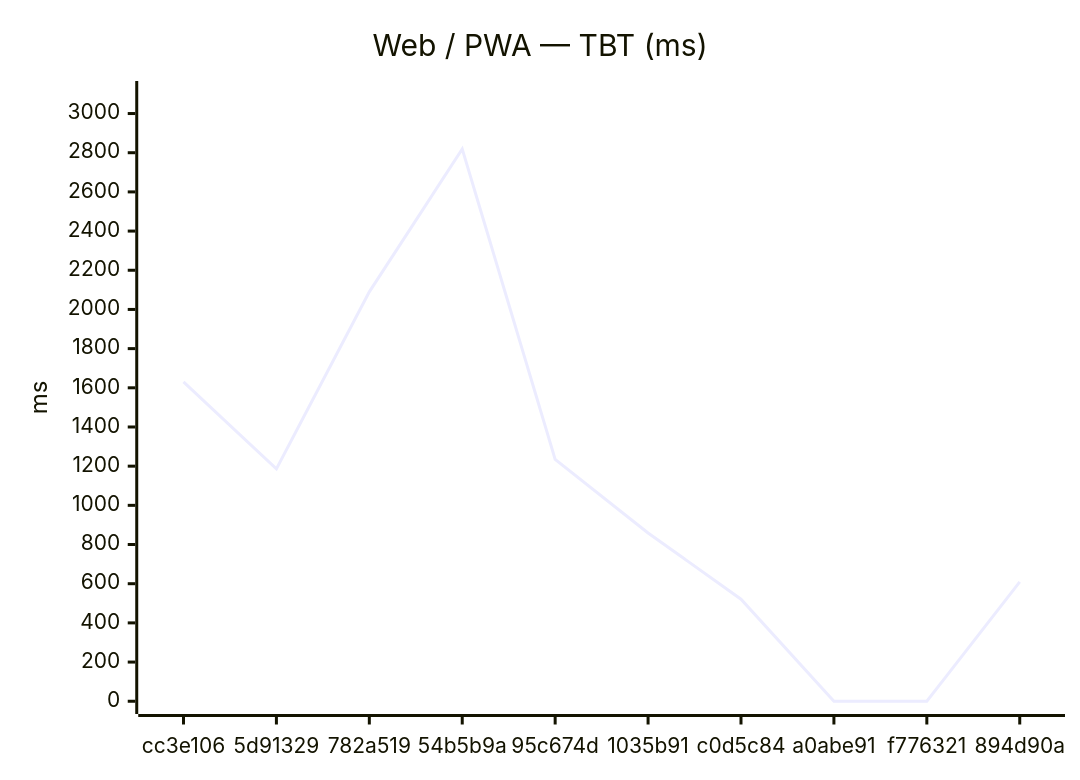
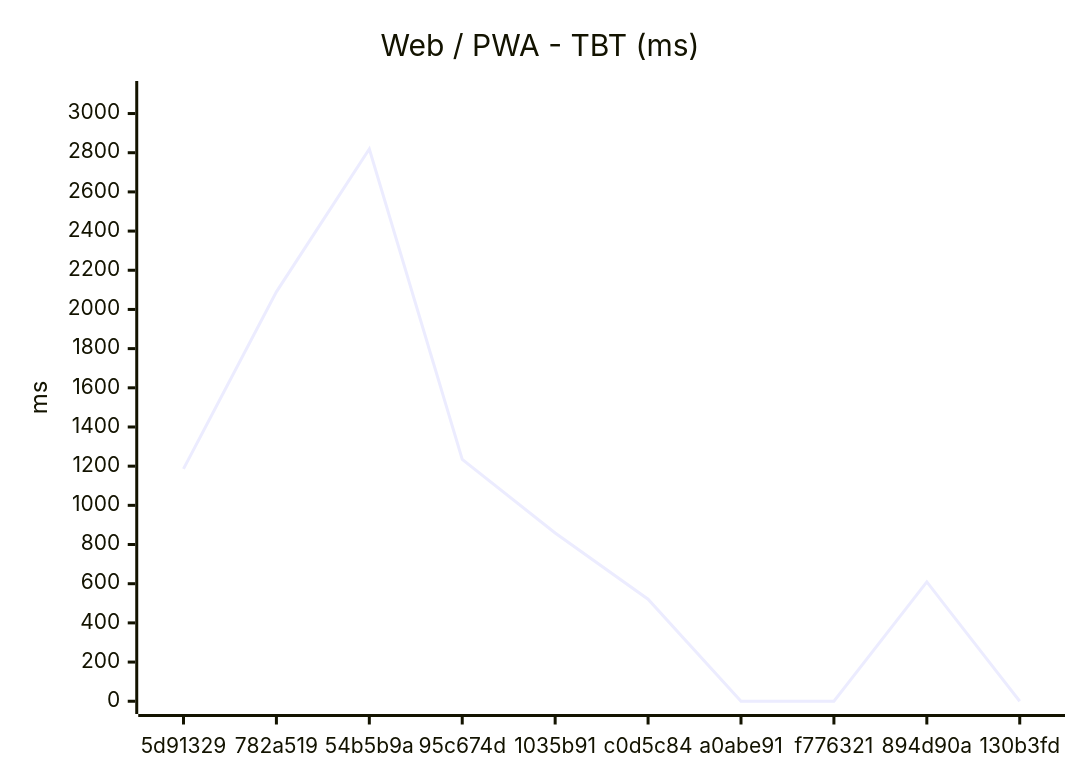
One commit to Metaheurist/Rianell changed the second of 18 diagrams in benchmarks/compare.md. Above: the diagram before and after it, drawn with Mermaid. The commit also changed other lines of this file and 294 other files, not shown here.

````diff
--- a/benchmarks/compare.md
+++ b/benchmarks/compare.md
@@ -31,7 +31,7 @@
 ```mermaid
 xychart-beta
-    title "Web / PWA — TBT (ms)"
-    x-axis ["cc3e106", "5d91329", "782a519", "54b5b9a", "95c674d", "1035b91", "c0d5c84", "a0abe91", "f776321", "894d90a"]
+    title "Web / PWA - TBT (ms)"
+    x-axis ["5d91329", "782a519", "54b5b9a", "95c674d", "1035b91", "c0d5c84", "a0abe91", "f776321", "894d90a", "130b3fd"]
     y-axis "ms" 0 --> 3101
-    line [1630, 1186, 2090, 2819, 1235, 859, 521, 0, 0, 609]
+    line [1186, 2090, 2819, 1235, 859, 521, 0, 0, 609, 0]
 ```
````
